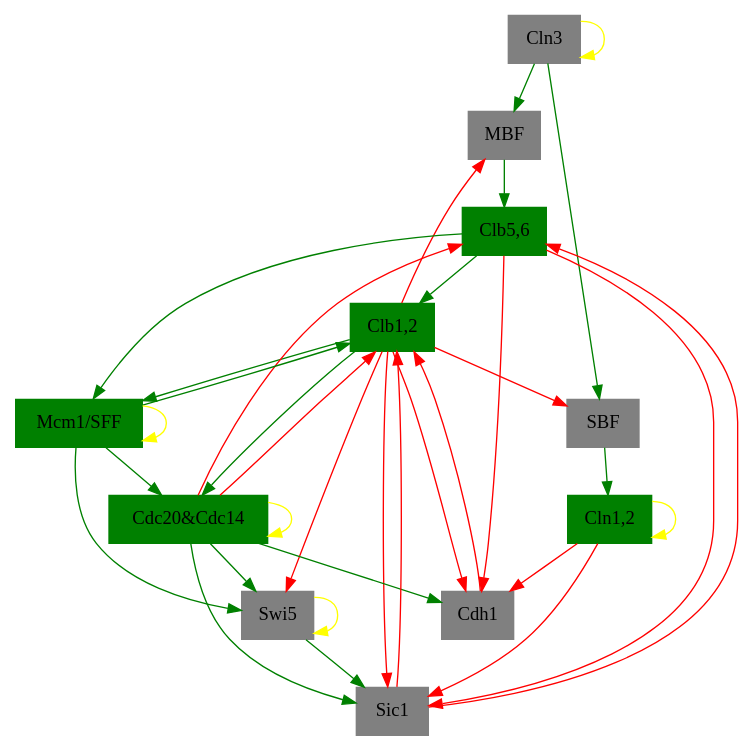
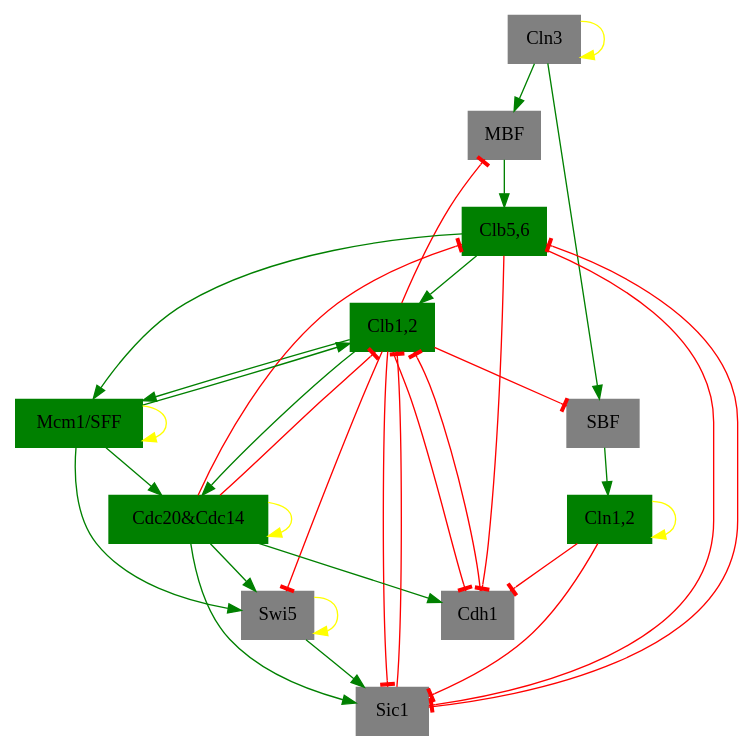
The diagram in temporal/7.gv (ellaqezi/cellCycle), drawn with Graphviz before and after one commit. The commit also changed 31 other files, not shown here.

```diff
--- a/temporal/7.gv
+++ b/temporal/7.gv
@@ -1,70 +1,70 @@
-digraph 00010011011  {
+digraph "00010011011"  {
 "Cln3" [shape=box, color=gray, style=filled];
-	edge [color=yellow]; 
+	edge [color=yellow, arrowhead=normal]; 
 	"Cln3" -> "Cln3";
 "MBF" [shape=box, color=gray, style=filled];
-	edge [color=green]; 
+	edge [color=green, arrowhead=normal]; 
 	"Cln3" -> "MBF";
-	edge [color=red]; 
+	edge [color=red, arrowhead=tee]; 
 	"Clb1,2" -> "MBF";
 "SBF" [shape=box, color=gray, style=filled];
-	edge [color=green]; 
+	edge [color=green, arrowhead=normal]; 
 	"Cln3" -> "SBF";
-	edge [color=red]; 
+	edge [color=red, arrowhead=tee]; 
 	"Clb1,2" -> "SBF";
 "Cln1,2" [shape=box, color=green, style=filled];
-	edge [color=yellow]; 
+	edge [color=yellow, arrowhead=normal]; 
 	"Cln1,2" -> "Cln1,2";
-	edge [color=green]; 
+	edge [color=green, arrowhead=normal]; 
 	"SBF" -> "Cln1,2";
 "Cdh1" [shape=box, color=gray, style=filled];
-	edge [color=green]; 
+	edge [color=green, arrowhead=normal]; 
 	"Cdc20&Cdc14" -> "Cdh1";
-	edge [color=red]; 
+	edge [color=red, arrowhead=tee]; 
 	"Clb1,2" -> "Cdh1";
 	"Clb5,6" -> "Cdh1";
 	"Cln1,2" -> "Cdh1";
 "Swi5" [shape=box, color=gray, style=filled];
-	edge [color=yellow]; 
+	edge [color=yellow, arrowhead=normal]; 
 	"Swi5" -> "Swi5";
-	edge [color=green]; 
+	edge [color=green, arrowhead=normal]; 
 	"Cdc20&Cdc14" -> "Swi5";
 	"Mcm1/SFF" -> "Swi5";
-	edge [color=red]; 
+	edge [color=red, arrowhead=tee]; 
 	"Clb1,2" -> "Swi5";
 "Cdc20&Cdc14" [shape=box, color=green, style=filled];
-	edge [color=yellow]; 
+	edge [color=yellow, arrowhead=normal]; 
 	"Cdc20&Cdc14" -> "Cdc20&Cdc14";
-	edge [color=green]; 
+	edge [color=green, arrowhead=normal]; 
 	"Clb1,2" -> "Cdc20&Cdc14";
 	"Mcm1/SFF" -> "Cdc20&Cdc14";
 "Clb5,6" [shape=box, color=green, style=filled];
-	edge [color=green]; 
+	edge [color=green, arrowhead=normal]; 
 	"MBF" -> "Clb5,6";
-	edge [color=red]; 
+	edge [color=red, arrowhead=tee]; 
 	"Cdc20&Cdc14" -> "Clb5,6";
 	"Sic1" -> "Clb5,6";
 "Sic1" [shape=box, color=gray, style=filled];
-	edge [color=green]; 
+	edge [color=green, arrowhead=normal]; 
 	"Cdc20&Cdc14" -> "Sic1";
 	"Swi5" -> "Sic1";
-	edge [color=red]; 
+	edge [color=red, arrowhead=tee]; 
 	"Clb1,2" -> "Sic1";
 	"Clb5,6" -> "Sic1";
 	"Cln1,2" -> "Sic1";
 "Clb1,2" [shape=box, color=green, style=filled];
-	edge [color=green]; 
+	edge [color=green, arrowhead=normal]; 
 	"Clb5,6" -> "Clb1,2";
 	"Mcm1/SFF" -> "Clb1,2";
-	edge [color=red]; 
+	edge [color=red, arrowhead=tee]; 
 	"Cdc20&Cdc14" -> "Clb1,2";
 	"Cdh1" -> "Clb1,2";
 	"Sic1" -> "Clb1,2";
 "Mcm1/SFF" [shape=box, color=green, style=filled];
-	edge [color=yellow]; 
+	edge [color=yellow, arrowhead=normal]; 
 	"Mcm1/SFF" -> "Mcm1/SFF";
-	edge [color=green]; 
+	edge [color=green, arrowhead=normal]; 
 	"Clb1,2" -> "Mcm1/SFF";
 	"Clb5,6" -> "Mcm1/SFF";
 
 }
```
